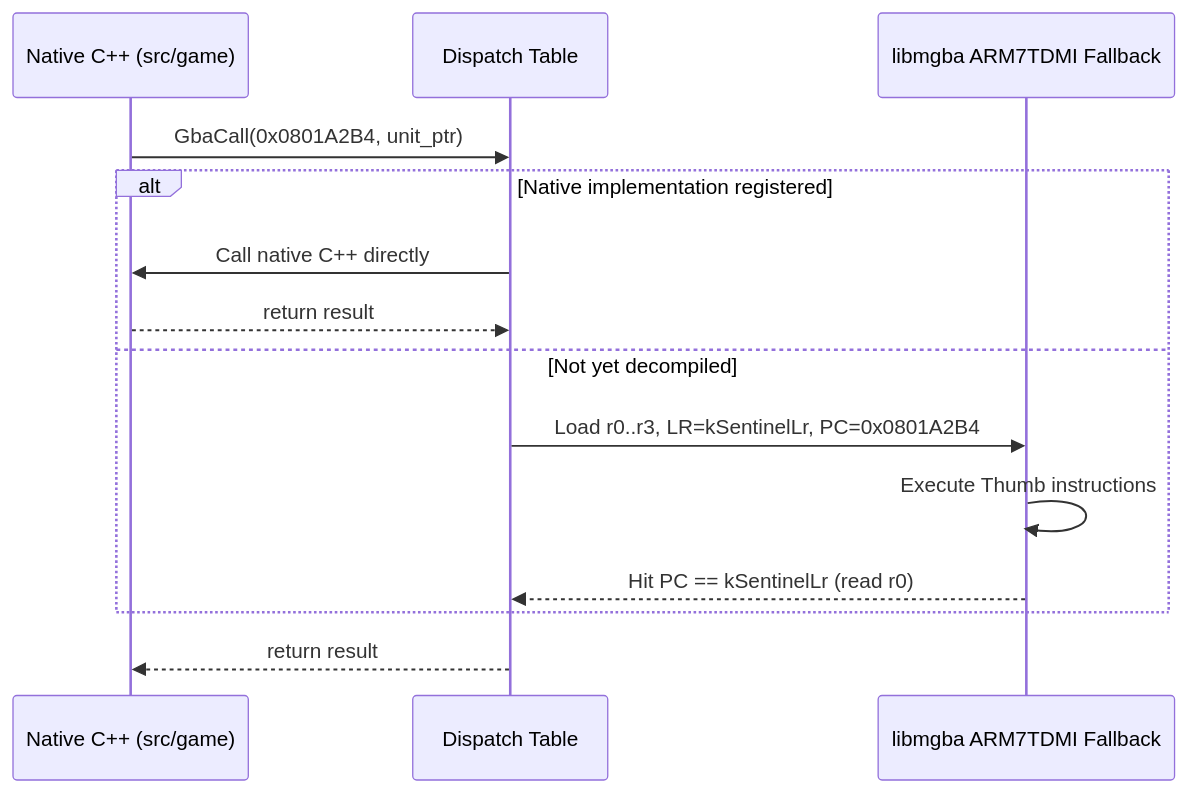
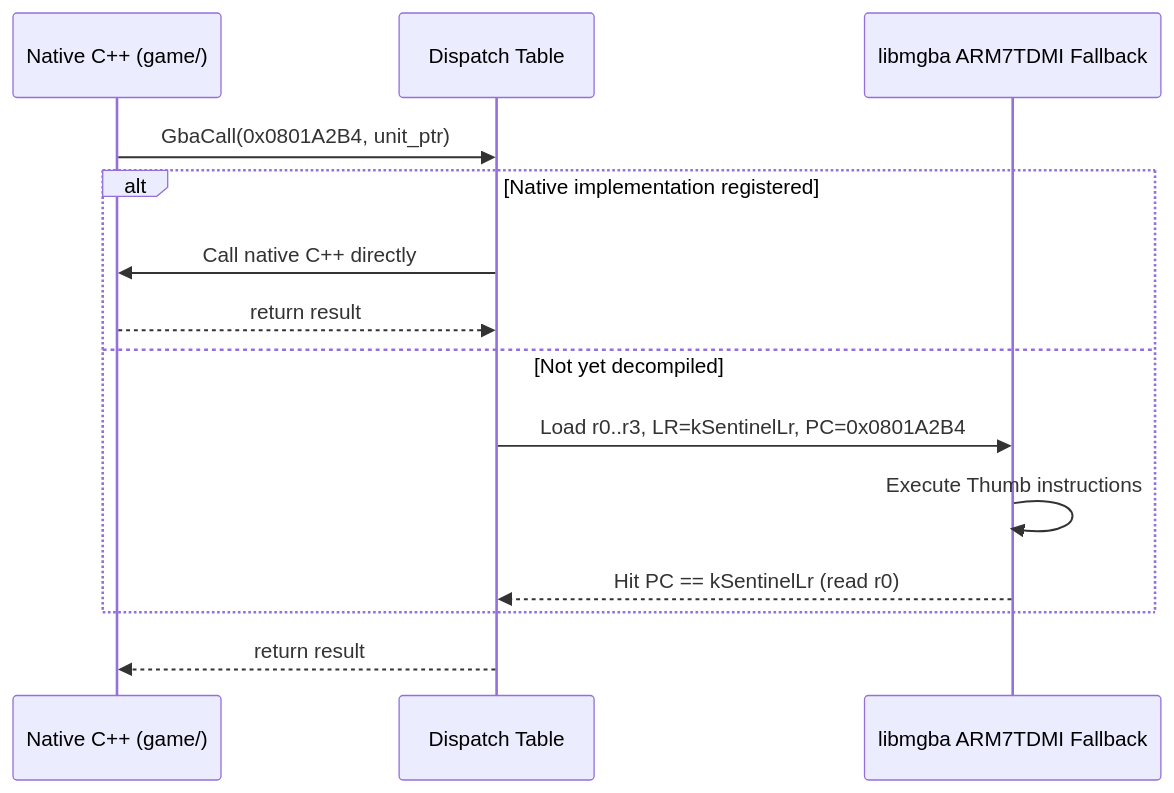
The second of 2 diagrams in docs/implementation_plan.md (zziccardi/fe7), drawn with Mermaid before and after one commit. The commit also changed other lines of this file, not shown here.

````diff
--- a/docs/implementation_plan.md
+++ b/docs/implementation_plan.md
@@ -203,17 +206,17 @@
 ```mermaid
 sequenceDiagram
-    participant Native as Native C++ (src/game)
+    participant Native as Native C++ (game/)
     participant Disp as Dispatch Table
     participant CPU as libmgba ARM7TDMI Fallback
 
     Native->>Disp: GbaCall(0x0801A2B4, unit_ptr)
     alt Native implementation registered
         Disp->>Native: Call native C++ directly
         Native-->>Disp: return result
     else Not yet decompiled
         Disp->>CPU: Load r0..r3, LR=kSentinelLr, PC=0x0801A2B4
         CPU->>CPU: Execute Thumb instructions
         CPU-->>Disp: Hit PC == kSentinelLr (read r0)
     end
     Disp-->>Native: return result
 ```
````
